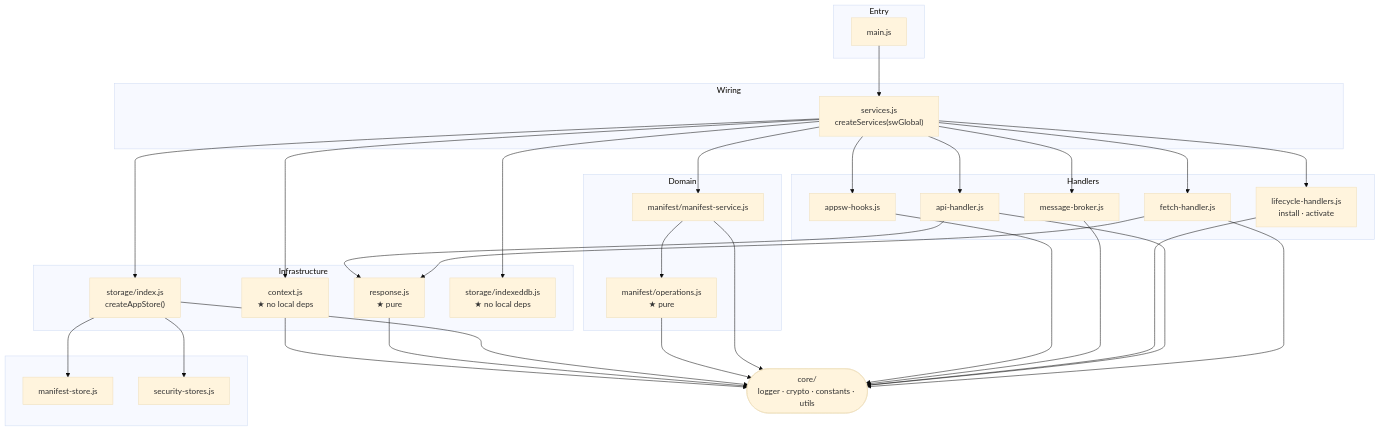
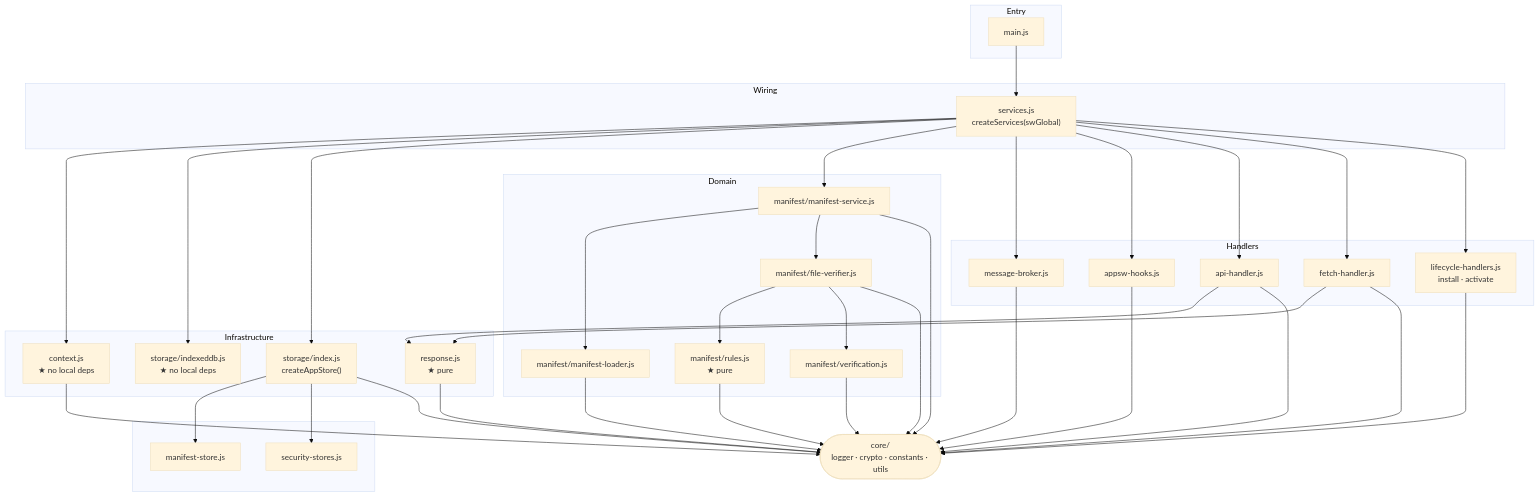
The first of 2 diagrams in docs/sw-architecture.md (a-d-j-i/dappfence), drawn with Mermaid (base theme) before and after one commit. The commit also changed other lines of this file and 7 other files, not shown here.

First line of the commit message:
refactor: consolidate manifest rules into rules.js, drop filters.js

````diff
--- a/docs/sw-architecture.md
+++ b/docs/sw-architecture.md
@@ -5,55 +5,60 @@
 ```mermaid
 graph TD
     subgraph entry["Entry"]
         MAIN["main.js"]
     end
 
     subgraph wiring["Wiring"]
         SVC["services.js\ncreateServices(swGlobal)"]
     end
 
     subgraph handlers["Handlers"]
         FETCH["fetch-handler.js"]
         API["api-handler.js"]
         LC["lifecycle-handlers.js\ninstall · activate"]
         BROKER["message-broker.js"]
         HOOKS["appsw-hooks.js"]
     end
 
     subgraph domain["Domain"]
         MSVC["manifest/manifest-service.js"]
-        MOPS["manifest/operations.js\n★ pure"]
+        MLDR["manifest/manifest-loader.js"]
+        FVER["manifest/file-verifier.js"]
+        RULES["manifest/rules.js\n★ pure"]
+        VERIF["manifest/verification.js"]
     end
 
     subgraph infra["Infrastructure"]
         CTX["context.js\n★ no local deps"]
         RESP["response.js\n★ pure"]
         STORE["storage/index.js\ncreateAppStore()"]
         IDB["storage/indexeddb.js\n★ no local deps"]
     end
 
     subgraph storage_detail["  "]
         MS["manifest-store.js"]
         SS["security-stores.js"]
     end
 
     CORE(["core/\nlogger · crypto · constants · utils"])
 
     MAIN --> SVC
     SVC --> CTX & IDB
     SVC --> STORE
     SVC --> MSVC
     SVC --> BROKER
     SVC --> HOOKS
     SVC --> API
     SVC --> FETCH
     SVC --> LC
 
     FETCH --> RESP
-    API  --> RESP
-    MSVC --> MOPS
+    API --> RESP
+    MSVC --> MLDR & FVER
+    FVER --> RULES & VERIF
     STORE --> MS & SS
 
     FETCH & API & LC & BROKER & HOOKS --> CORE
-    MSVC & MOPS & STORE & RESP & CTX --> CORE
+    MSVC & MLDR & FVER & STORE & RESP & CTX --> CORE
+    RULES & VERIF --> CORE
 ```
````
